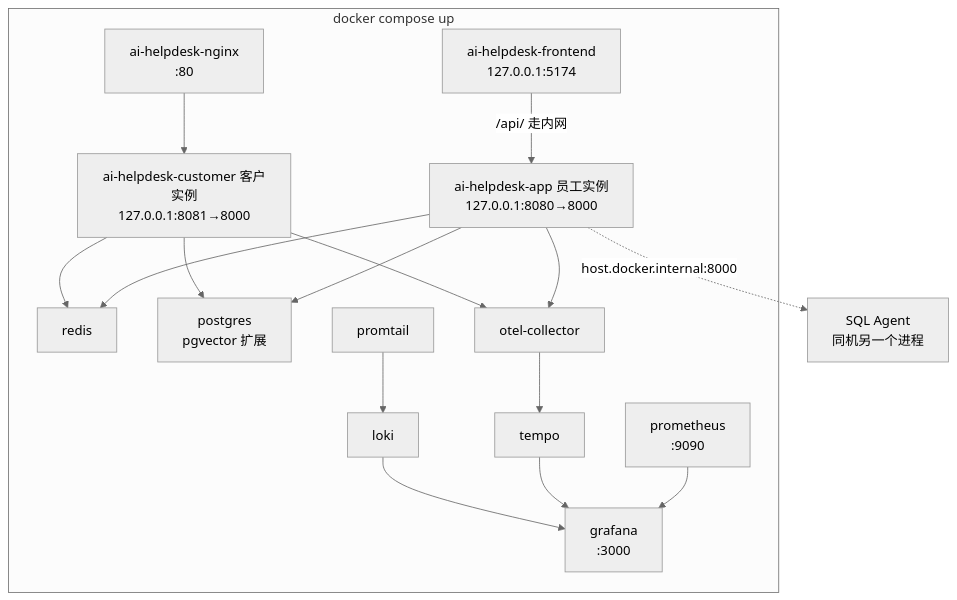
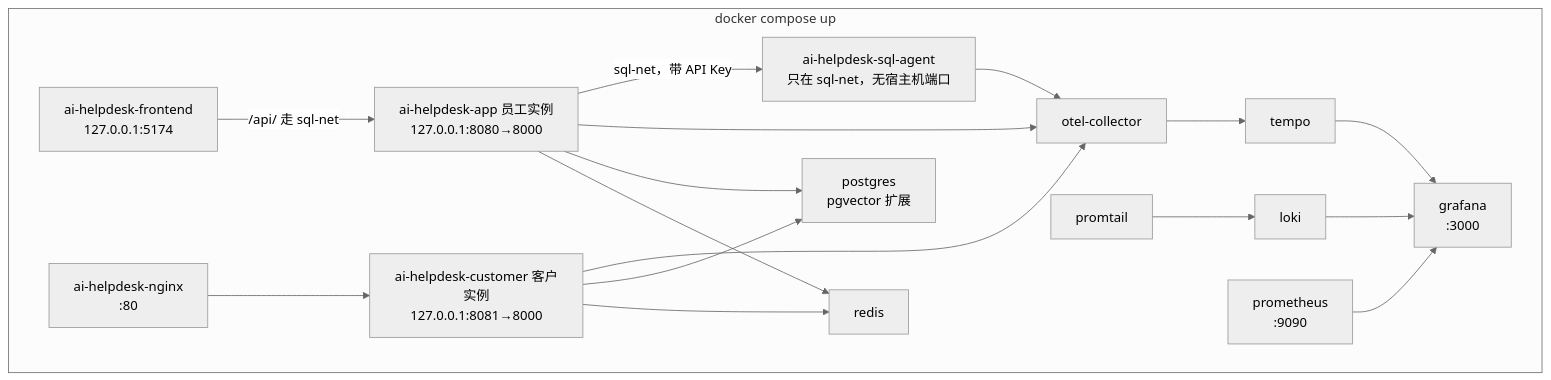
Before and after one commit to heyemlee/ai-helpdesk: the sixth of 9 diagrams in docs/architecture.md, drawn with Mermaid (neutral theme). The commit also changed other lines of this file and 33 other files, not shown here.

````diff
--- a/docs/architecture.md
+++ b/docs/architecture.md
@@ -179,25 +179,27 @@
 ```mermaid
 flowchart TD
     subgraph compose[docker compose up]
         FE[ai-helpdesk-frontend<br/>127.0.0.1:5174]
         APP[ai-helpdesk-app 员工实例<br/>127.0.0.1:8080→8000]
         CUS[ai-helpdesk-customer 客户实例<br/>127.0.0.1:8081→8000]
         NG[ai-helpdesk-nginx<br/>:80]
         R[redis]
         PG[postgres<br/>pgvector 扩展]
         P[prometheus<br/>:9090]
         OC[otel-collector]
         TP[tempo]
         LK[loki]
         PT[promtail]
         GF[grafana<br/>:3000]
+        SQL[ai-helpdesk-sql-agent<br/>只在 sql-net，无宿主机端口]
     end
-    FE -->|/api/ 走内网| APP
+    FE -->|/api/ 走 sql-net| APP
     NG --> CUS
     APP & CUS --> R
     APP & CUS --> PG
     APP & CUS --> OC --> TP
-    APP -.->|host.docker.internal:8000| SQL[SQL Agent<br/>同机另一个进程]
+    APP -->|sql-net，带 API Key| SQL
+    SQL --> OC
     PT --> LK
     P & TP & LK --> GF
 ```
````
